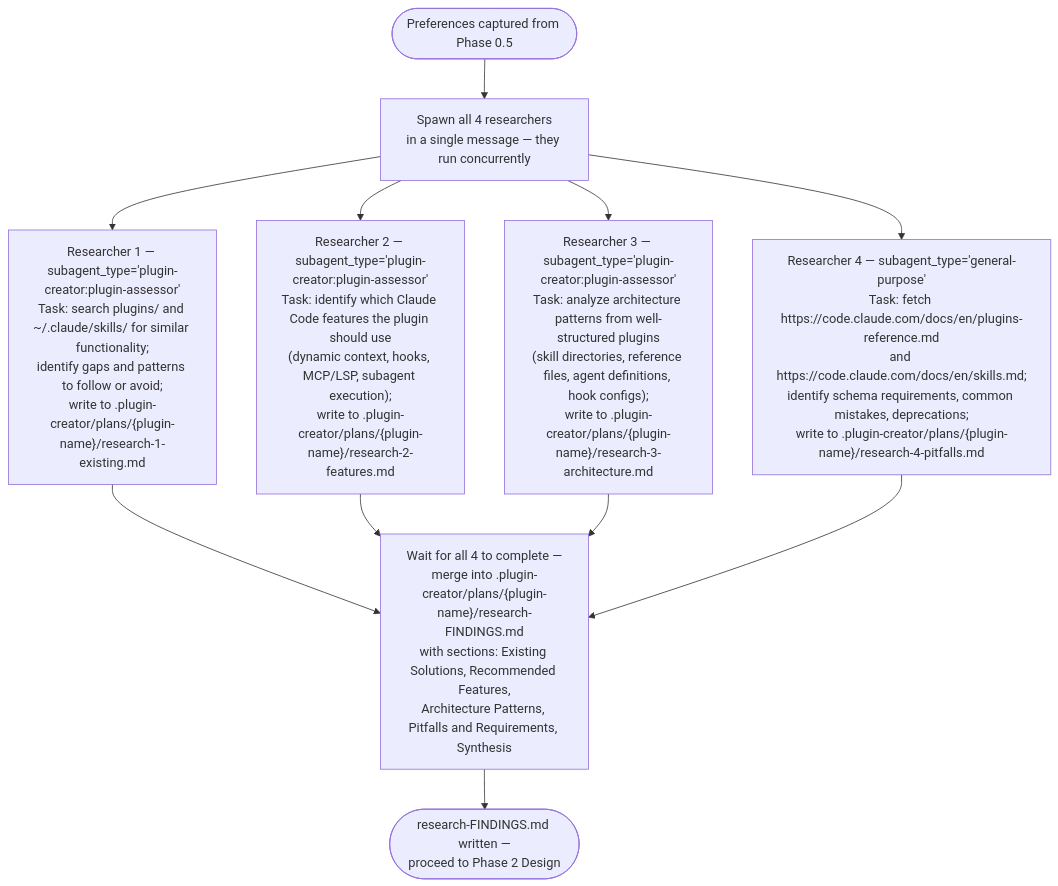
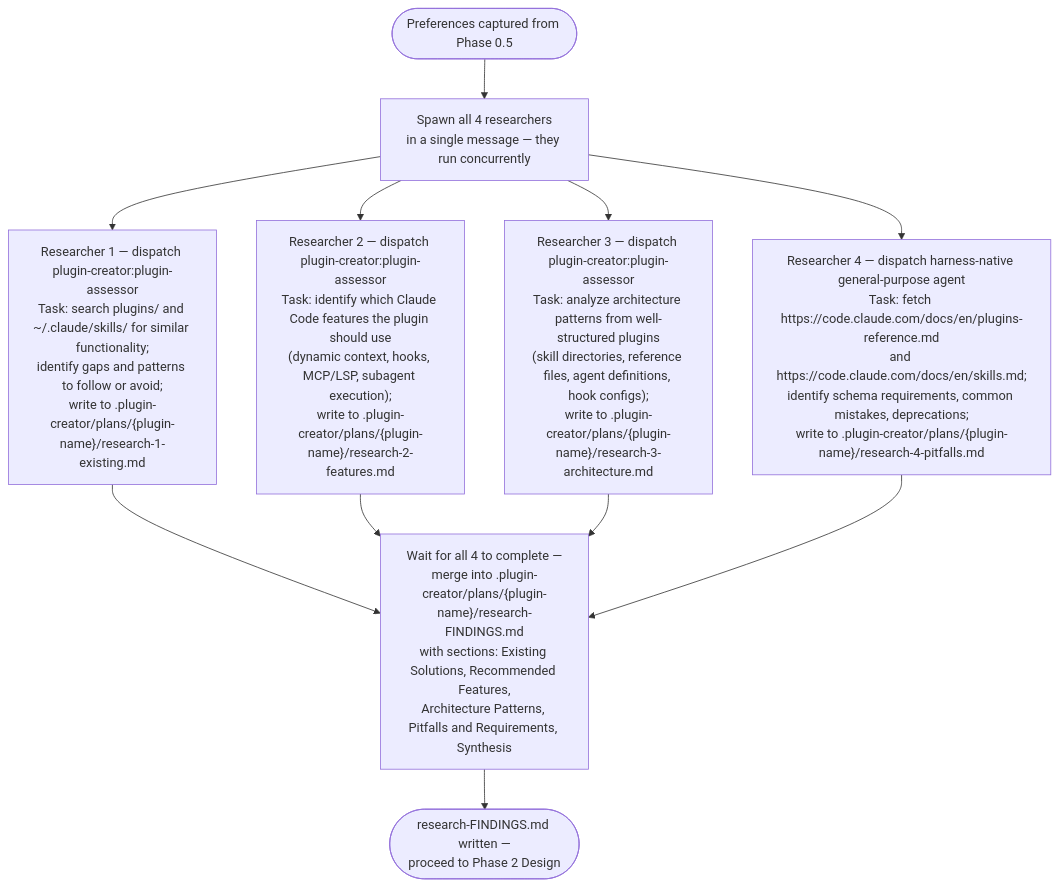
One commit to Jamie-BitFlight/claude_skills changed the fourth of 12 diagrams in plugins/plugin-creator/skills/plugin-creator/references/workflow-diagram.md. Above: the diagram before and after it, drawn with Mermaid. The commit also changed other lines of this file and 84 other files, not shown here.

Commit message:
refactor(plugin-creator): trim agent guidance

````diff
--- a/plugins/plugin-creator/skills/plugin-creator/references/workflow-diagram.md
+++ b/plugins/plugin-creator/skills/plugin-creator/references/workflow-diagram.md
@@ -74,20 +74,20 @@
 ```mermaid
 flowchart TD
     Start(["Preferences captured from Phase 0.5"]) --> Spawn["Spawn all 4 researchers<br>in a single message — they run concurrently"]
 
-    Spawn --> R1["Researcher 1 — subagent_type='plugin-creator:plugin-assessor'<br>Task: search plugins/ and ~/.claude/skills/ for similar functionality;<br>identify gaps and patterns to follow or avoid;<br>write to .plugin-creator/plans/{plugin-name}/research-1-existing.md"]
+    Spawn --> R1["Researcher 1 — dispatch plugin-creator:plugin-assessor<br>Task: search plugins/ and ~/.claude/skills/ for similar functionality;<br>identify gaps and patterns to follow or avoid;<br>write to .plugin-creator/plans/{plugin-name}/research-1-existing.md"]
 
-    Spawn --> R2["Researcher 2 — subagent_type='plugin-creator:plugin-assessor'<br>Task: identify which Claude Code features the plugin should use<br>(dynamic context, hooks, MCP/LSP, subagent execution);<br>write to .plugin-creator/plans/{plugin-name}/research-2-features.md"]
+    Spawn --> R2["Researcher 2 — dispatch plugin-creator:plugin-assessor<br>Task: identify which Claude Code features the plugin should use<br>(dynamic context, hooks, MCP/LSP, subagent execution);<br>write to .plugin-creator/plans/{plugin-name}/research-2-features.md"]
 
-    Spawn --> R3["Researcher 3 — subagent_type='plugin-creator:plugin-assessor'<br>Task: analyze architecture patterns from well-structured plugins<br>(skill directories, reference files, agent definitions, hook configs);<br>write to .plugin-creator/plans/{plugin-name}/research-3-architecture.md"]
+    Spawn --> R3["Researcher 3 — dispatch plugin-creator:plugin-assessor<br>Task: analyze architecture patterns from well-structured plugins<br>(skill directories, reference files, agent definitions, hook configs);<br>write to .plugin-creator/plans/{plugin-name}/research-3-architecture.md"]
 
-    Spawn --> R4["Researcher 4 — subagent_type='general-purpose'<br>Task: fetch https://code.claude.com/docs/en/plugins-reference.md<br>and https://code.claude.com/docs/en/skills.md;<br>identify schema requirements, common mistakes, deprecations;<br>write to .plugin-creator/plans/{plugin-name}/research-4-pitfalls.md"]
+    Spawn --> R4["Researcher 4 — dispatch harness-native general-purpose agent<br>Task: fetch https://code.claude.com/docs/en/plugins-reference.md<br>and https://code.claude.com/docs/en/skills.md;<br>identify schema requirements, common mistakes, deprecations;<br>write to .plugin-creator/plans/{plugin-name}/research-4-pitfalls.md"]
 
     R1 --> Merge
     R2 --> Merge
     R3 --> Merge
     R4 --> Merge
 
     Merge["Wait for all 4 to complete —<br>merge into .plugin-creator/plans/{plugin-name}/research-FINDINGS.md<br>with sections: Existing Solutions, Recommended Features,<br>Architecture Patterns, Pitfalls and Requirements, Synthesis"]
     Merge --> Done(["research-FINDINGS.md written —<br>proceed to Phase 2 Design"])
 ```
````
